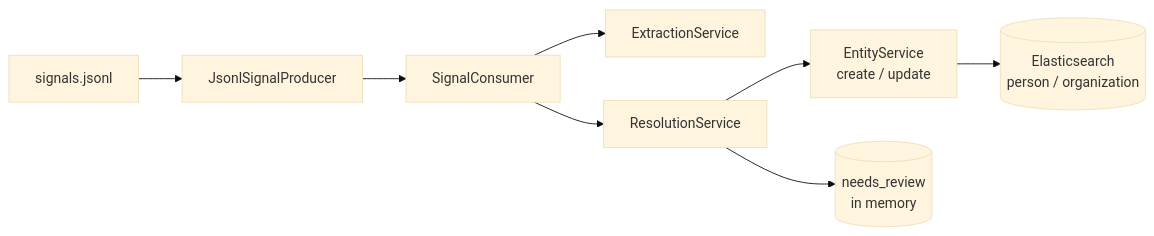
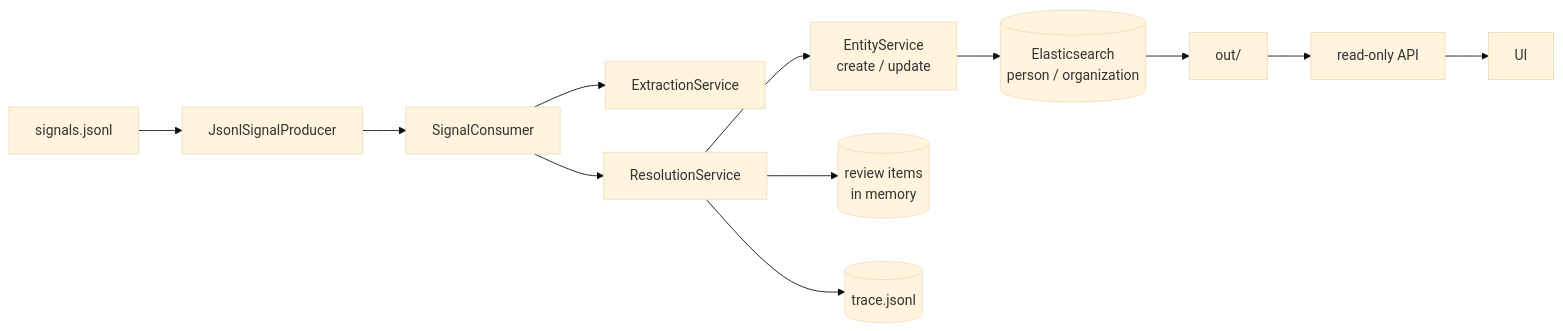
One commit to ro-anderson/streaming-entity-resolution changed the second of 3 diagrams in README.md. Above: the diagram before and after it, drawn with Mermaid (base theme). The commit also changed other lines of this file and 3 other files, not shown here.

````diff
--- a/README.md
+++ b/README.md
@@ -46,10 +104,13 @@
 ```mermaid
 flowchart LR
   F[signals.jsonl] --> P[JsonlSignalProducer]
   P --> C[SignalConsumer]
   C --> X[ExtractionService]
   C --> R[ResolutionService]
   R --> E[EntityService<br/>create / update]
   E --> ES[(Elasticsearch<br/>person / organization)]
-  R --> RV[(needs_review<br/>in memory)]
+  R --> RV[(review items<br/>in memory)]
+  R --> T[(trace.jsonl)]
+  ES --> O[out/]
+  O --> API[read-only API] --> UI[UI]
 ```
````
